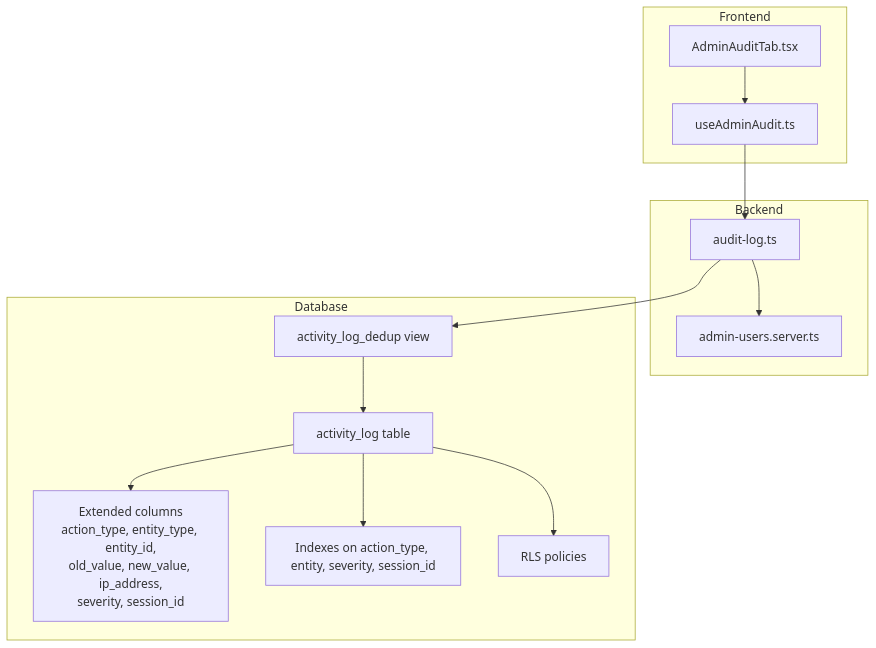
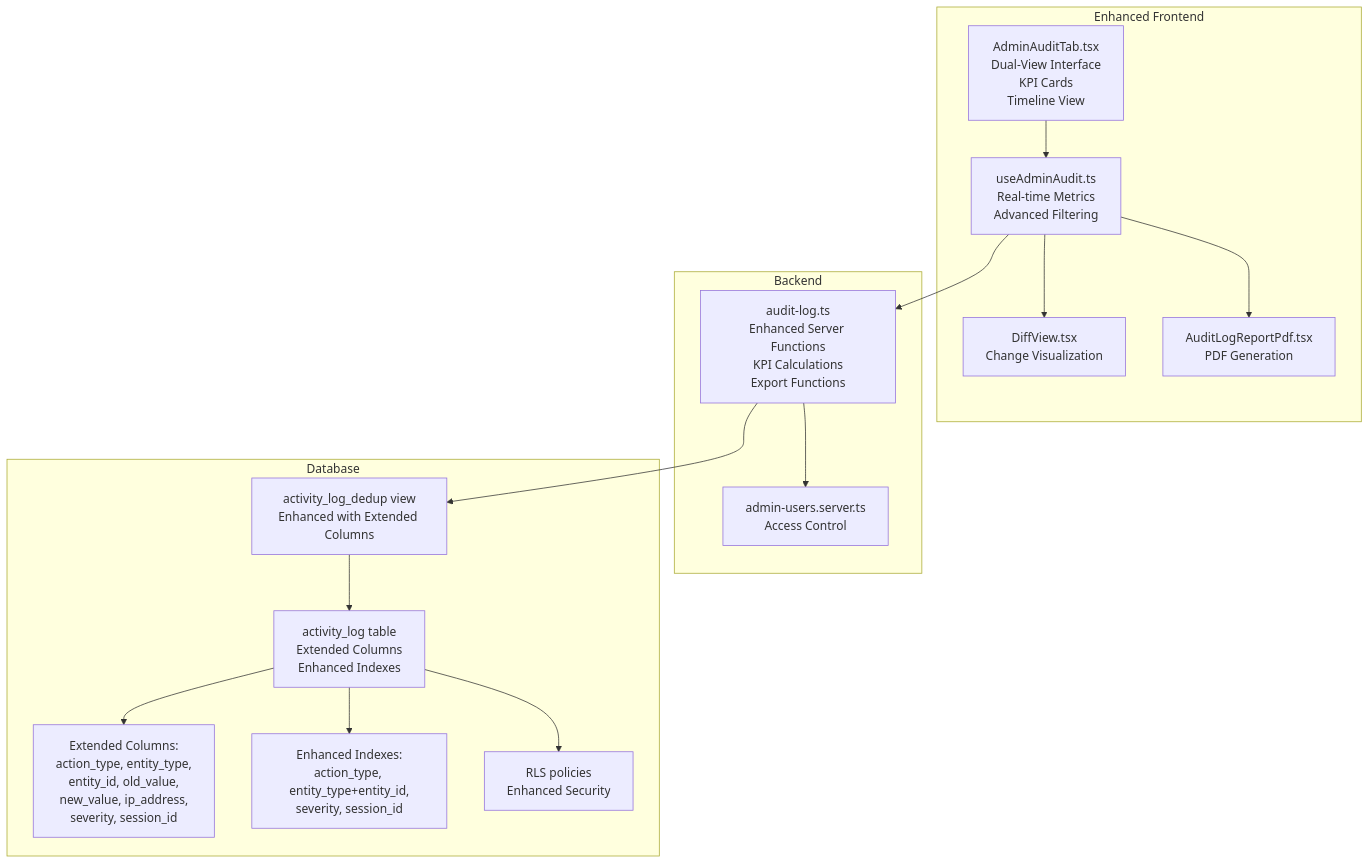
One commit to gastaldellomarco/pcReady changed the first of 12 diagrams in .qoder/repowiki/en/content/Administrative Features/Audit Logging System.md. Above: the diagram before and after it, drawn with Mermaid. The commit also changed other lines of this file and 4 other files, not shown here.

First line of the commit message:
feat(audit): revamp audit logging system with dual views, real-time KPIs, and export features

````diff
--- a/.qoder/repowiki/en/content/Administrative Features/Audit Logging System.md
+++ b/.qoder/repowiki/en/content/Administrative Features/Audit Logging System.md
@@ -40,26 +62,30 @@
 ```mermaid
 graph TB
-subgraph "Frontend"
-UI["AdminAuditTab.tsx"]
-Hook["useAdminAudit.ts"]
+subgraph "Enhanced Frontend"
+UI["AdminAuditTab.tsx<br/>Dual-View Interface<br/>KPI Cards<br/>Timeline View"]
+Hook["useAdminAudit.ts<br/>Real-time Metrics<br/>Advanced Filtering"]
+Diff["DiffView.tsx<br/>Change Visualization"]
+PDF["AuditLogReportPdf.tsx<br/>PDF Generation"]
 end
 subgraph "Backend"
-Fn["audit-log.ts"]
-Sec["admin-users.server.ts"]
+Fn["audit-log.ts<br/>Enhanced Server Functions<br/>KPI Calculations<br/>Export Functions"]
+Sec["admin-users.server.ts<br/>Access Control"]
 end
 subgraph "Database"
-TBL["activity_log table"]
-EXT["Extended columns<br/>action_type, entity_type, entity_id,<br/>old_value, new_value, ip_address,<br/>severity, session_id"]
-IDX["Indexes on action_type, entity, severity, session_id"]
-V["activity_log_dedup view"]
-RLS["RLS policies"]
+TBL["activity_log table<br/>Extended Columns<br/>Enhanced Indexes"]
+EXT["Extended Columns:<br/>action_type, entity_type,<br/>entity_id, old_value,<br/>new_value, ip_address,<br/>severity, session_id"]
+IDX["Enhanced Indexes:<br/>action_type, entity_type+entity_id,<br/>severity, session_id"]
+V["activity_log_dedup view<br/>Enhanced with Extended Columns"]
+RLS["RLS policies<br/>Enhanced Security"]
 end
 UI --> Hook
 Hook --> Fn
+Hook --> Diff
+Hook --> PDF
 Fn --> Sec
 Fn --> V
 V --> TBL
 TBL --> RLS
 TBL --> EXT
 TBL --> IDX
 ```
````
